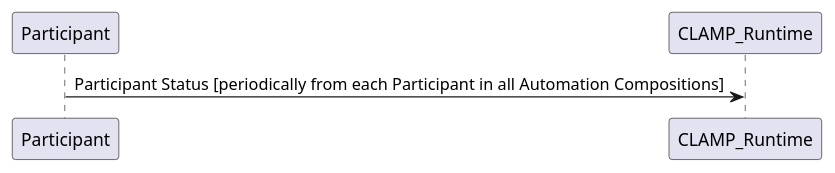
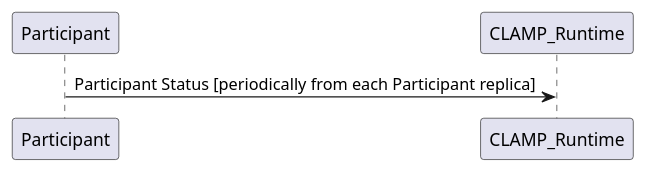
Before and after one commit to onap/policy-parent: the diagram in docs/clamp/acm/api-protocol/puml/ParticipantMonitoring.puml, drawn with PlantUML. The commit also changed 7 other files, not shown here.

```diff
--- a/docs/clamp/acm/api-protocol/puml/ParticipantMonitoring.puml
+++ b/docs/clamp/acm/api-protocol/puml/ParticipantMonitoring.puml
@@ -1,3 +1,3 @@
 @startuml
-Participant -> CLAMP_Runtime: Participant Status [periodically from each Participant in all Automation Compositions]
+Participant -> CLAMP_Runtime: Participant Status [periodically from each Participant replica]
 @enduml
```
